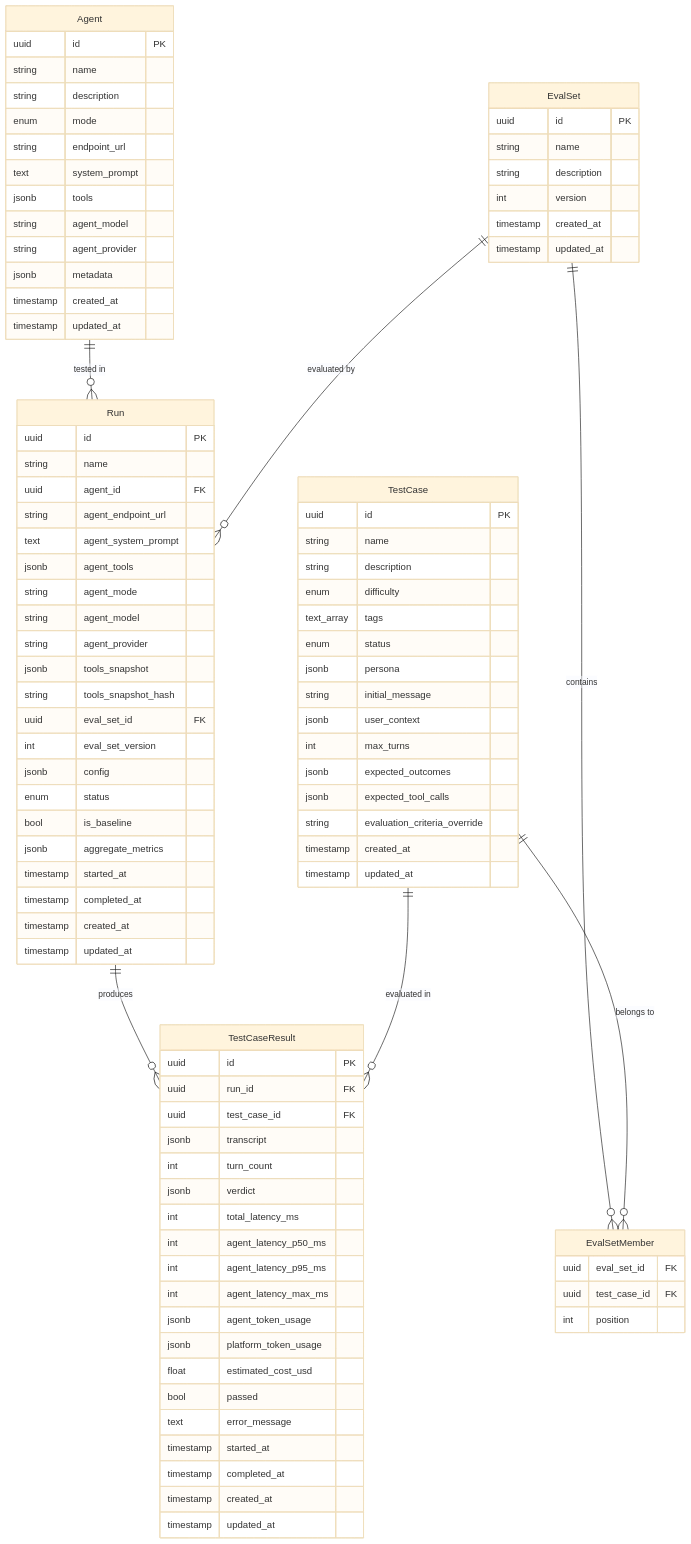
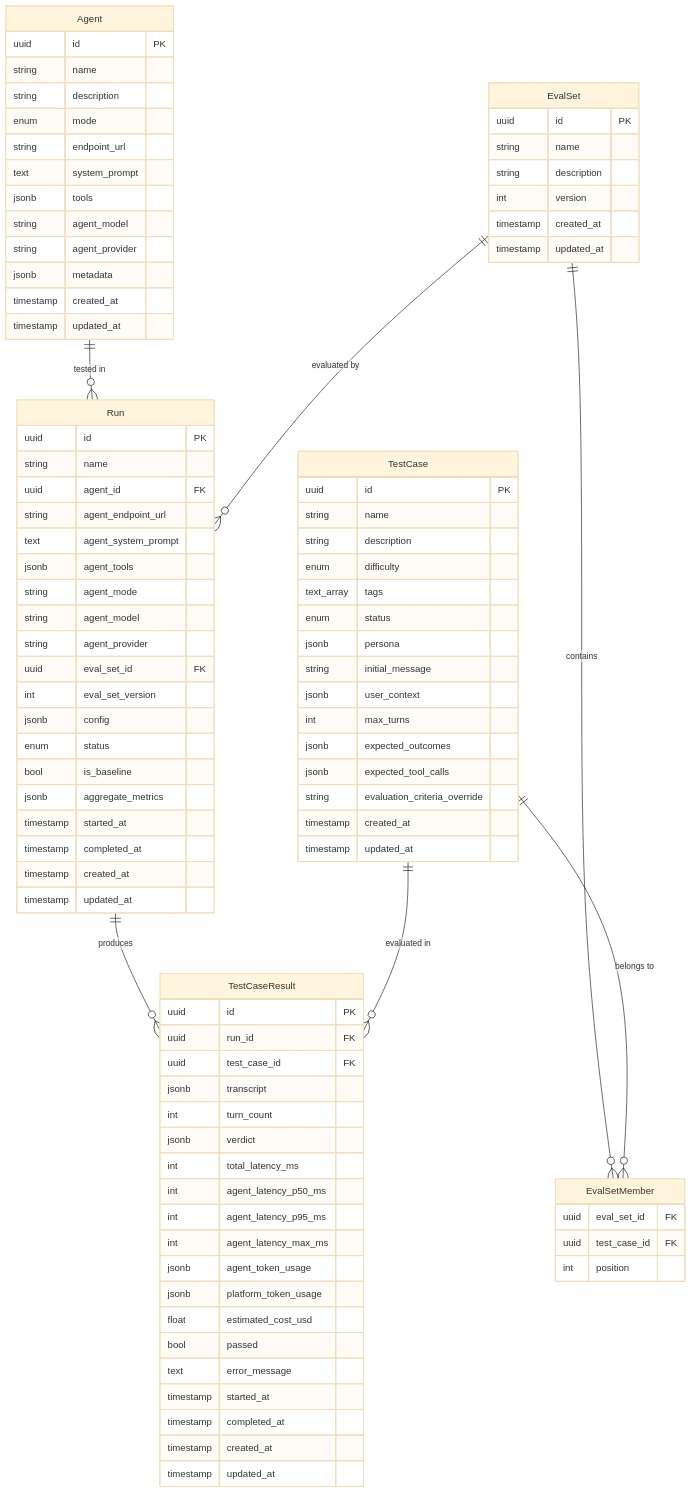
One commit to Connexity-AI/connexity-evals changed the diagram in docs/data-model.md. Above: the diagram before and after it, drawn with Mermaid (base theme). The commit also changed other lines of this file and 14 other files, not shown here.

```diff
--- a/docs/data-model.md
+++ b/docs/data-model.md
@@ -69,8 +69,6 @@
         string agent_mode
         string agent_model
         string agent_provider
-        jsonb tools_snapshot
-        string tools_snapshot_hash
         uuid eval_set_id FK
         int eval_set_version
         jsonb config
```
